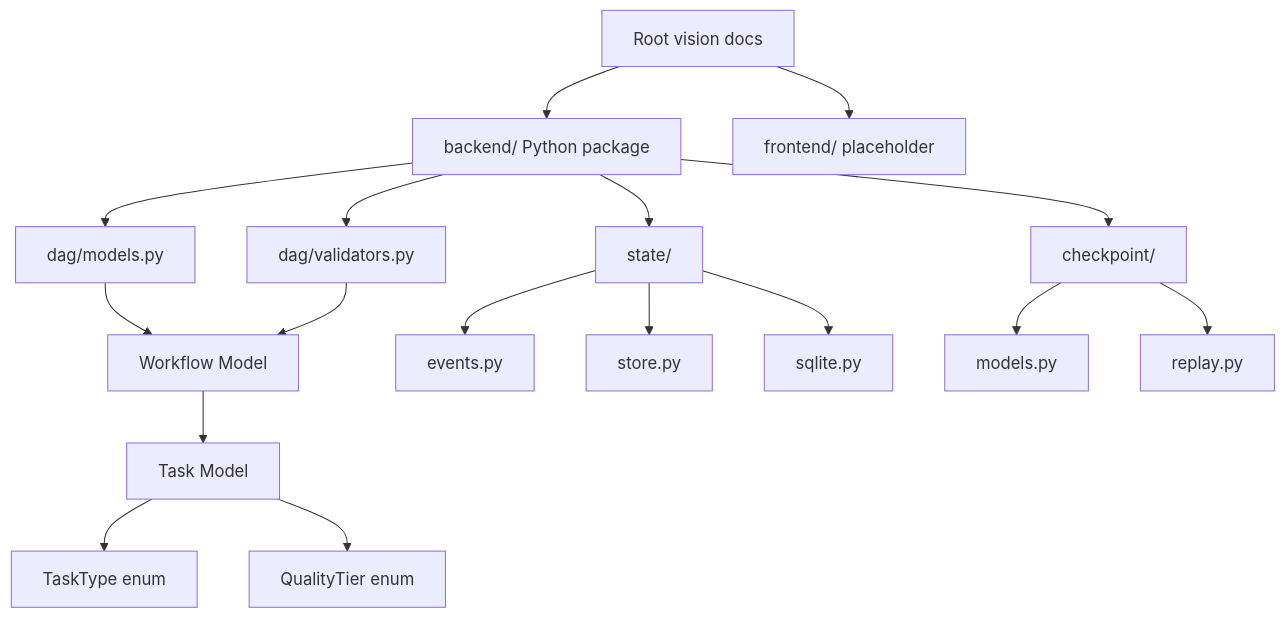
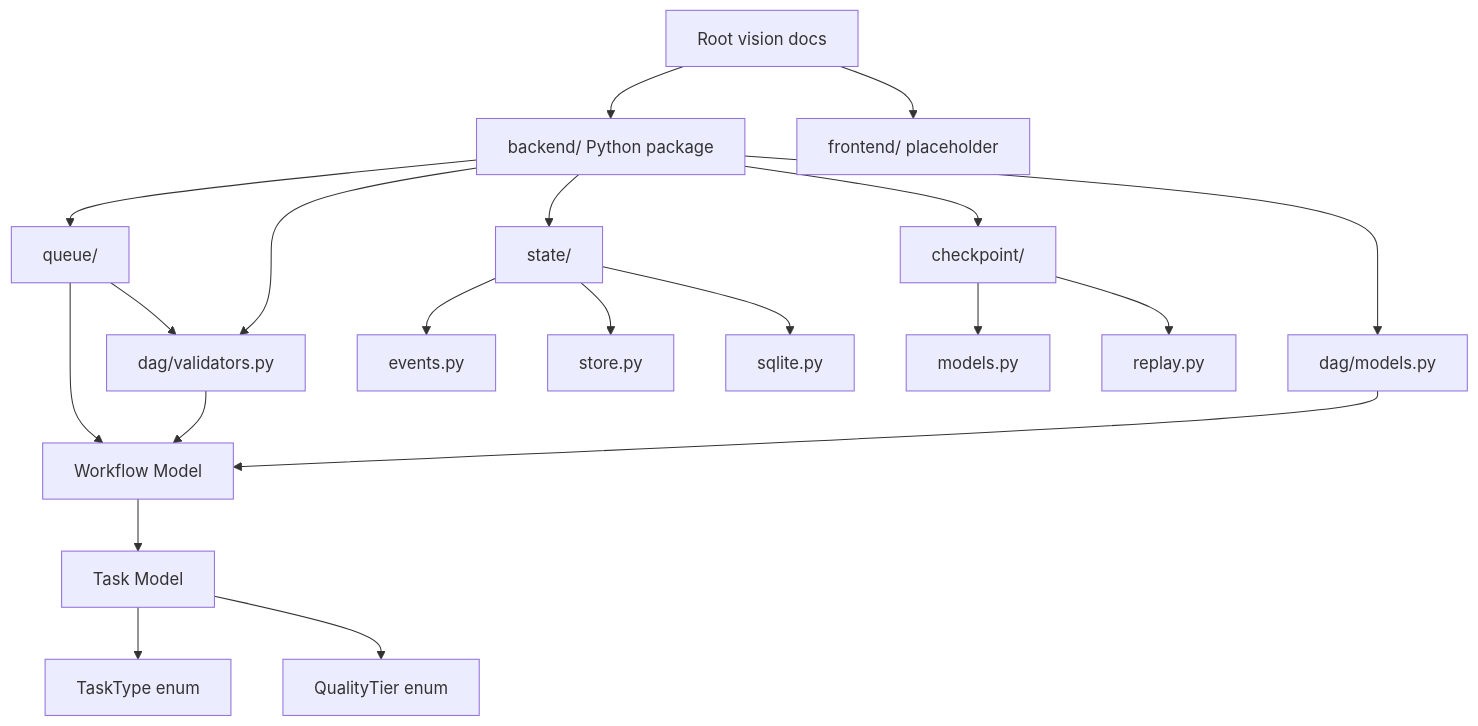
Before and after one commit to knishkarora/Ather-OS: the first of 2 diagrams in docs/01_Architecture.md, drawn with Mermaid. The commit also changed other lines of this file and 13 other files, not shown here.

````diff
--- a/docs/01_Architecture.md
+++ b/docs/01_Architecture.md
@@ -9,19 +9,22 @@
 ```mermaid
 flowchart TD
     Docs["Root vision docs"] --> Backend["backend/ Python package"]
     Docs --> Frontend["frontend/ placeholder"]
     Backend --> DAG["dag/models.py"]
     Backend --> Validator["dag/validators.py"]
+    Backend --> Queue["queue/"]
     Backend --> State["state/"]
     Backend --> Checkpoint["checkpoint/"]
     DAG --> Workflow["Workflow Model"]
     Workflow --> Task["Task Model"]
     Task --> TaskType["TaskType enum"]
     Task --> QualityTier["QualityTier enum"]
     Validator --> Workflow
+    Queue --> Workflow
+    Queue --> Validator
     State --> Events["events.py"]
     State --> Store["store.py"]
     State --> SQLite["sqlite.py"]
     Checkpoint --> Projections["models.py"]
     Checkpoint --> Replay["replay.py"]
 ```
````
